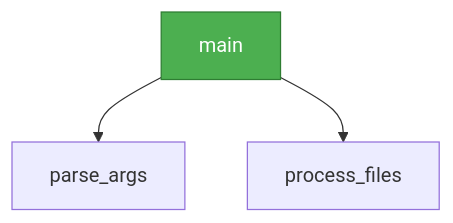
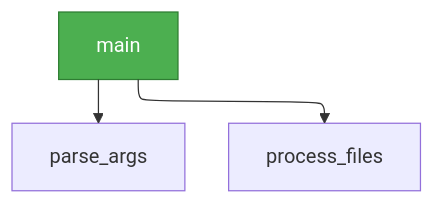
One commit to khanhle0913/cli-utilities changed the diagram in docs/cflow.md. Above: the diagram before and after it, drawn with Mermaid. The commit also changed other lines of this file and 1 other file, not shown here.

````diff
--- a/docs/cflow.md
+++ b/docs/cflow.md
@@ -79,11 +79,15 @@
 ```mermaid
+---
+config:
+  layout: elk
+---
 flowchart TD
     main["main"]:::entry
     parse_args["parse_args"]
     process_files["process_files"]
 
     main --> parse_args
     main --> process_files
 
     classDef entry fill:#4CAF50,stroke:#2E7D32,color:#fff
 ```
````
